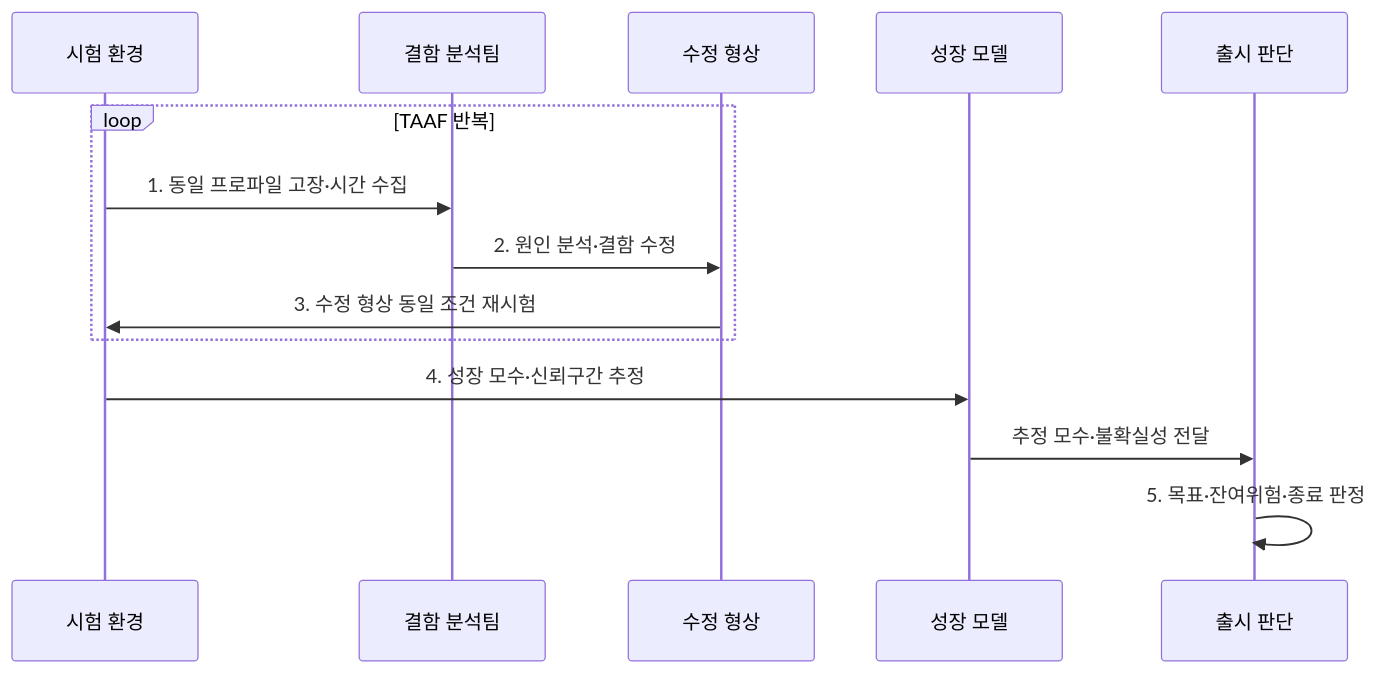
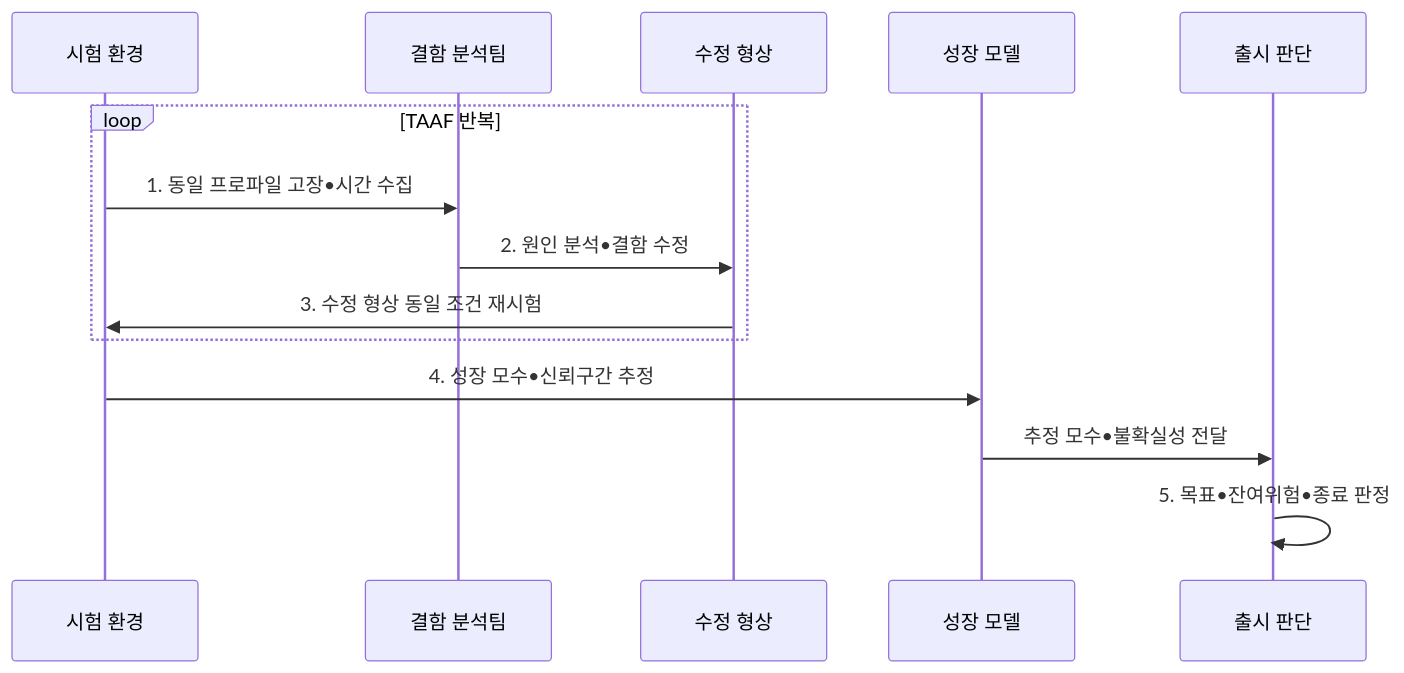
The second of 2 diagrams in src/content/docs/notes/06-evaluation/025_reliability_growth_model.md (agnusdei1207/knowledge-base), drawn with Mermaid before and after one commit. The commit also changed other lines of this file and 953 other files, not shown here.

````diff
--- a/src/content/docs/notes/06-evaluation/025_reliability_growth_model.md
+++ b/src/content/docs/notes/06-evaluation/025_reliability_growth_model.md
@@ -107,16 +107,16 @@
 ```mermaid
 sequenceDiagram
   participant T as 시험 환경
   participant A as 결함 분석팀
   participant F as 수정 형상
   participant M as 성장 모델
   participant D as 출시 판단
   loop TAAF 반복
-    T->>A: 1. 동일 프로파일 고장·시간 수집
-    A->>F: 2. 원인 분석·결함 수정
+    T->>A: 1. 동일 프로파일 고장•시간 수집
+    A->>F: 2. 원인 분석•결함 수정
     F->>T: 3. 수정 형상 동일 조건 재시험
   end
-  T->>M: 4. 성장 모수·신뢰구간 추정
-  M->>D: 추정 모수·불확실성 전달
-  D->>D: 5. 목표·잔여위험·종료 판정
+  T->>M: 4. 성장 모수•신뢰구간 추정
+  M->>D: 추정 모수•불확실성 전달
+  D->>D: 5. 목표•잔여위험•종료 판정
 ```
````
